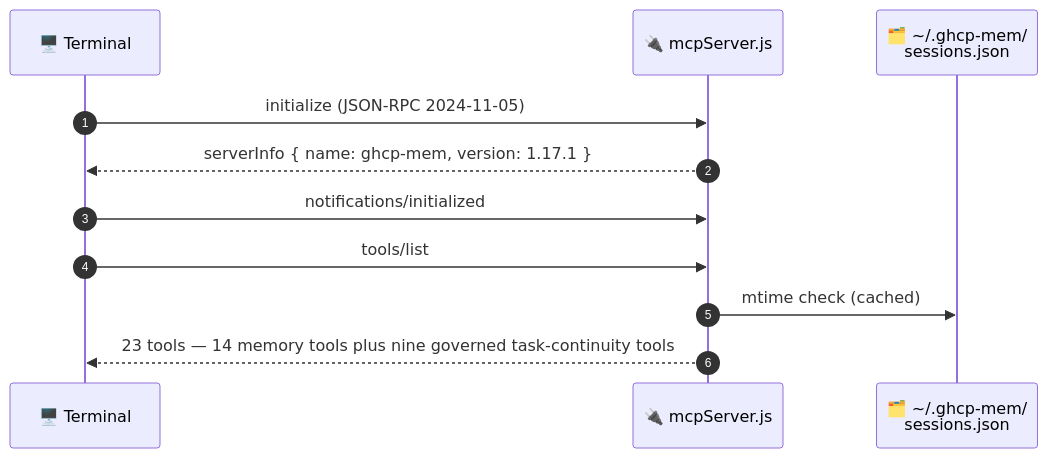
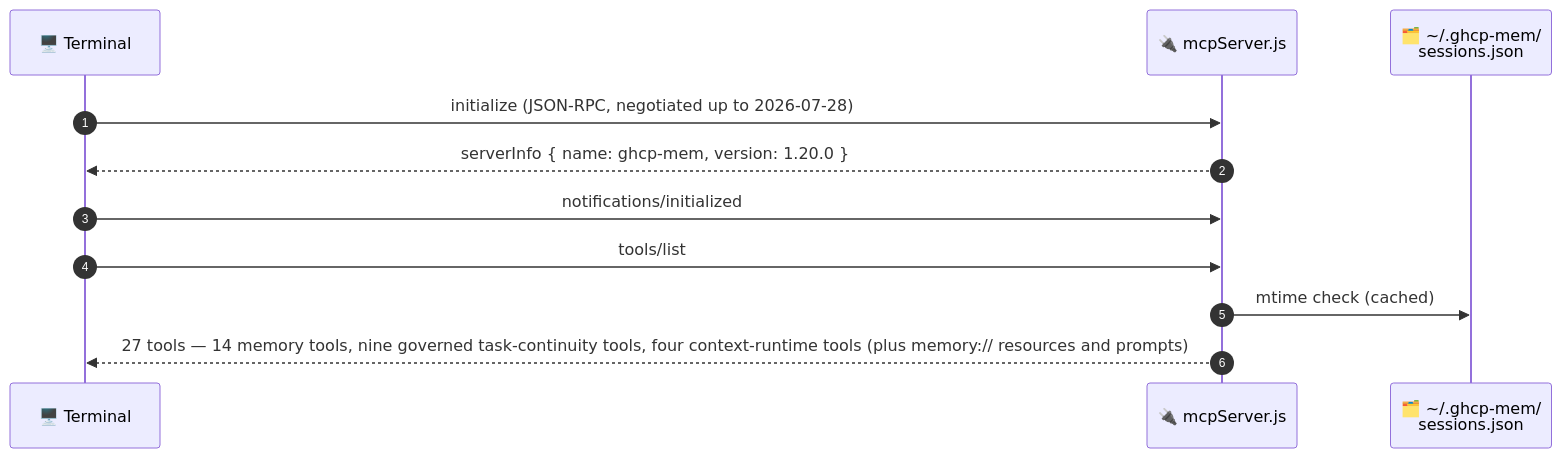
The fifth of 5 diagrams in docs/DEMO.md (ITcredibl/ghcp-mem), drawn with Mermaid before and after one commit. The commit also changed other lines of this file and 2 other files, not shown here.

Commit message:
docs: market the Agent Context Runtime in the README introduction; finish v1.20.0 consistency sweep
- README hero/intro now leads with the runtime advantages: vendor-neutral
  shared memory over MCP, cross-agent task resume, branch-confined
  lifecycle, outcome memory, committed org policy, budgeted context
  compilation, encrypted team sync; MCP badge shows the negotiated
  2024-11-05 → 2026-07-28 range.
- DEMO: MCP transcript updated to 27 tools / protocol 2026-07-28 /
  server version 1.20.0; CONTRIBUTING test count 655 → 732; parent
  "Governed Agent Context" heading no longer version-pinned.

````diff
--- a/docs/DEMO.md
+++ b/docs/DEMO.md
@@ -235,13 +235,13 @@
 ```mermaid
 sequenceDiagram
     autonumber
     participant CLI as 🖥️ Terminal
     participant MCP as 🔌 mcpServer.js
     participant STORE as 🗂️ ~/.ghcp-mem/<br/>sessions.json
-    CLI->>MCP: initialize (JSON-RPC 2024-11-05)
-    MCP-->>CLI: serverInfo { name: ghcp-mem, version: 1.17.1 }
+    CLI->>MCP: initialize (JSON-RPC, negotiated up to 2026-07-28)
+    MCP-->>CLI: serverInfo { name: ghcp-mem, version: 1.20.0 }
     CLI->>MCP: notifications/initialized
     CLI->>MCP: tools/list
     MCP->>STORE: mtime check (cached)
-    MCP-->>CLI: 23 tools — 14 memory tools plus nine governed task-continuity tools
+    MCP-->>CLI: 27 tools — 14 memory tools, nine governed task-continuity tools, four context-runtime tools (plus memory:// resources and prompts)
 ```
````
